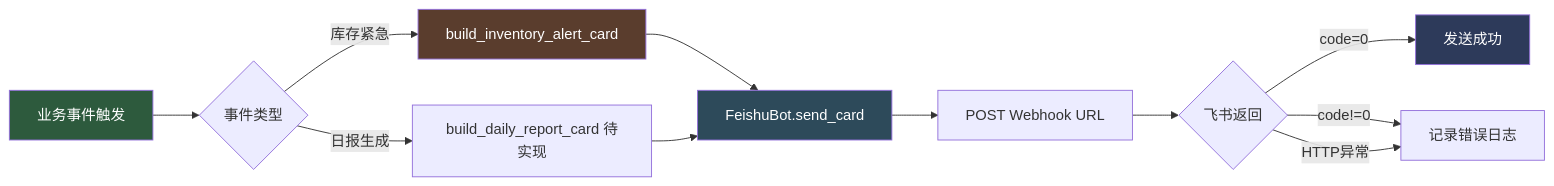
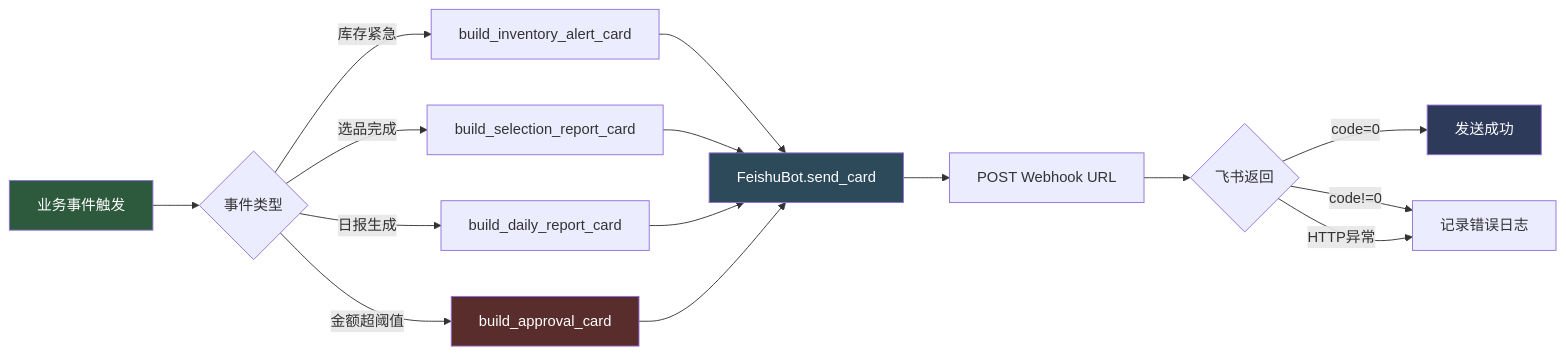
One commit to lbh1nb/cross-border-ai-platform changed the sixth of 8 diagrams in ARCHITECTURE.md. Above: the diagram before and after it, drawn with Mermaid. The commit also changed other lines of this file and 7 other files, not shown here.

````diff
--- a/ARCHITECTURE.md
+++ b/ARCHITECTURE.md
@@ -251,18 +251,22 @@
 ```mermaid
 flowchart LR
     A[业务事件触发] --> B{事件类型}
     B -->|库存紧急| C[build_inventory_alert_card]
-    B -->|日报生成| D[build_daily_report_card 待实现]
-    C --> E[FeishuBot.send_card]
-    D --> E
-    E --> F[POST Webhook URL]
-    F --> G{飞书返回}
-    G -->|code=0| H[发送成功]
-    G -->|code!=0| I[记录错误日志]
-    G -->|HTTP异常| I
+    B -->|选品完成| D[build_selection_report_card]
+    B -->|日报生成| E[build_daily_report_card]
+    B -->|金额超阈值| F[build_approval_card]
+    C --> G[FeishuBot.send_card]
+    D --> G
+    E --> G
+    F --> G
+    G --> H[POST Webhook URL]
+    H --> I{飞书返回}
+    I -->|code=0| J[发送成功]
+    I -->|code!=0| K[记录错误日志]
+    I -->|HTTP异常| K
 
     style A fill:#2d5a3d,color:#fff
-    style C fill:#5a3d2d,color:#fff
-    style E fill:#2d4a5a,color:#fff
-    style H fill:#2d3a5a,color:#fff
+    style F fill:#5a2d2d,color:#fff
+    style G fill:#2d4a5a,color:#fff
+    style J fill:#2d3a5a,color:#fff
 ```
````
